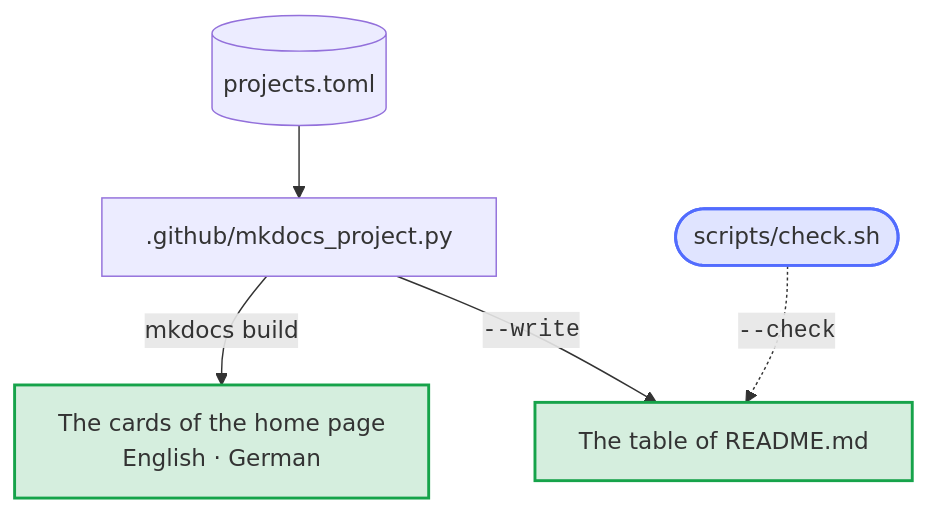
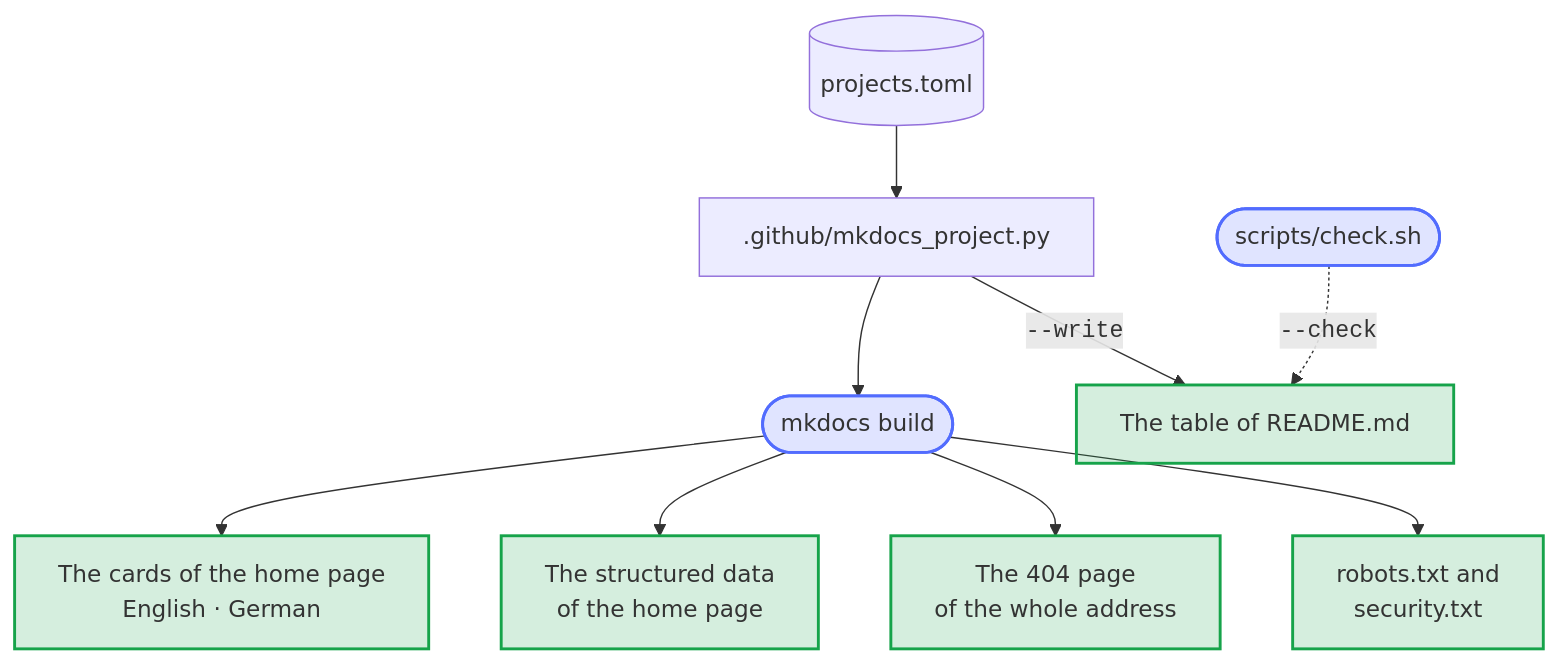
One commit to Dennis-Otto/dennis-otto.github.io changed the first of 2 diagrams in README.md. Above: the diagram before and after it, drawn with Mermaid. The commit also changed other lines of this file and 11 other files, not shown here.

First line of the commit message:
feat: robots.txt, security.txt, a helpful 404 page and search metadata for the whole dennis-otto.github.io address (#18)

````diff
--- a/README.md
+++ b/README.md
@@ -51,26 +51,31 @@
 ```mermaid
 ---
 config:
   flowchart:
     wrappingWidth: 400
 ---
 flowchart TB
     accTitle: One list of the projects
-    accDescr: projects.toml lists every project once. The hooks of the website turn it into the cards of the English and the German home page while MkDocs builds the website, and into the table of README.md with --write; scripts/check.sh checks with --check that the table is current.
+    accDescr: projects.toml lists every project once. While MkDocs builds the website, the hooks of the website turn it into the cards of the English and the German home page, the structured data of the home page, the 404 page of the whole address, and robots.txt and security.txt. With --write they turn it into the table of README.md, and scripts/check.sh checks with --check that the table is current.
 
     catalog[("projects.toml")]
     hooks[".github/mkdocs_project.py"]
+    build(["mkdocs build"])
     cards["The cards of the home page<br>English · German"]
+    data["The structured data<br>of the home page"]
+    notfound["The 404 page<br>of the whole address"]
+    root["robots.txt and<br>security.txt"]
     table["The table of README.md"]
     check(["scripts/check.sh"])
 
     catalog --> hooks
-    hooks -- "mkdocs build" --> cards
+    hooks --> build
+    build --> cards & data & notfound & root
     hooks -- "<code>--write</code>" --> table
     check -. "<code>--check</code>" .-> table
 
     classDef bot fill:#526cfe2e,stroke:#526cfe,stroke-width:2px
     classDef done fill:#16a34a2e,stroke:#16a34a,stroke-width:2px
-    class check bot
-    class cards,table done
+    class build,check bot
+    class cards,data,notfound,root,table done
 ```
````
